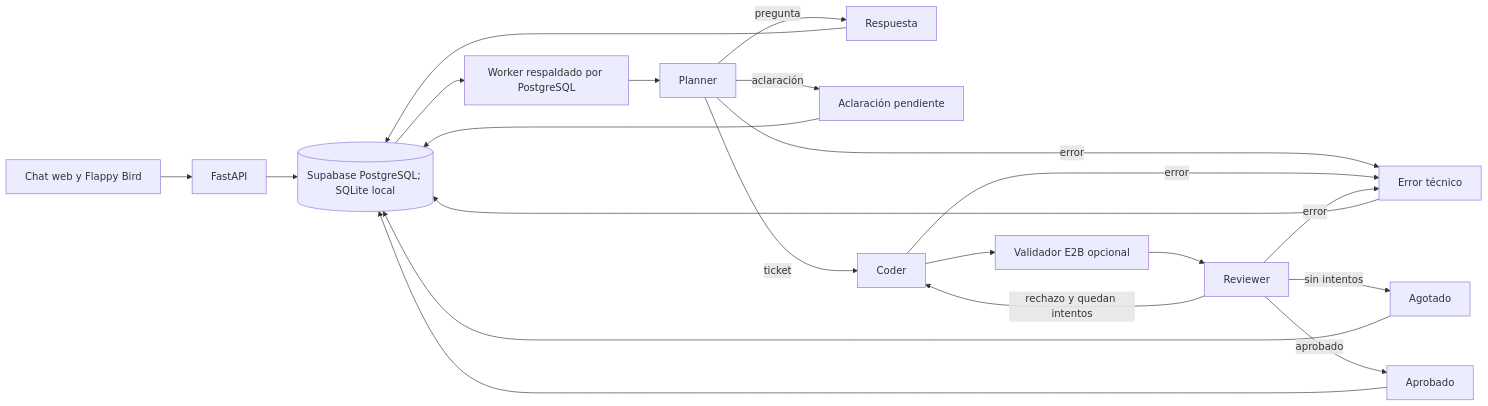
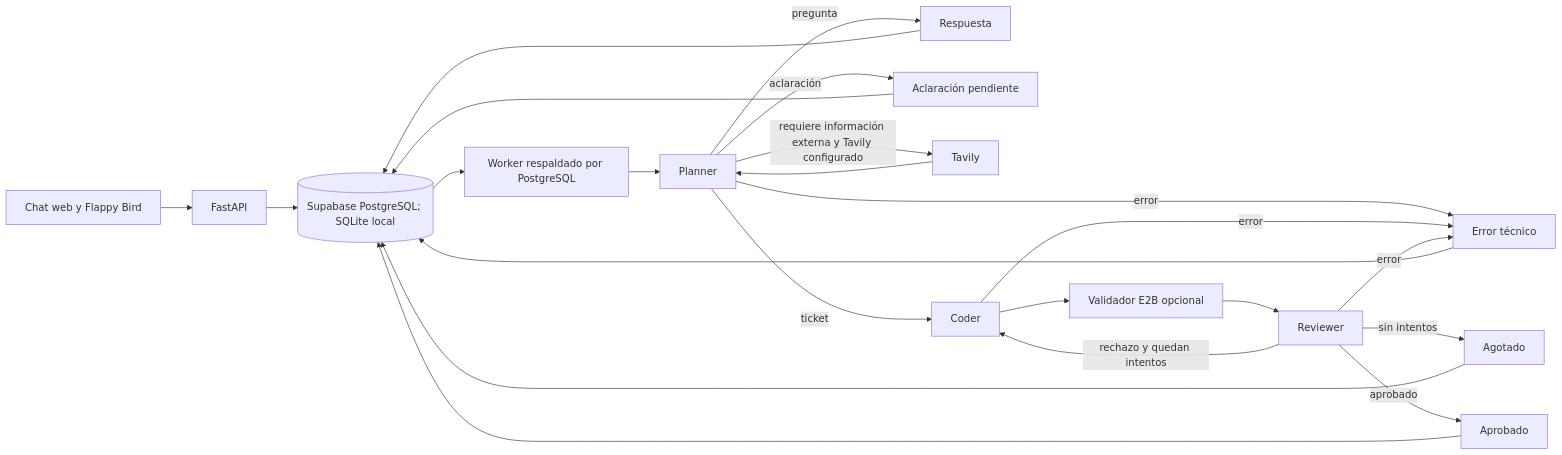
Before and after one commit to cartografunk/batcomputer: the diagram in README.md, drawn with Mermaid. The commit also changed other lines of this file and 4 other files, not shown here.

Commit message:
Add optional Tavily research and Gemini model routing

````diff
--- a/README.md
+++ b/README.md
@@ -25,23 +33,25 @@
 ```mermaid
 flowchart LR
   UI[Chat web y Flappy Bird] --> API[FastAPI]
   API --> DB[(Supabase PostgreSQL; SQLite local)]
   DB --> Worker[Worker respaldado por PostgreSQL]
   Worker --> Planner
   Planner -->|pregunta| Answer[Respuesta]
   Planner -->|aclaración| Clarify[Aclaración pendiente]
+  Planner -->|requiere información externa y Tavily configurado| Research[Tavily]
+  Research --> Planner
   Planner -->|ticket| Coder
   Coder --> Validator[Validador E2B opcional]
   Validator --> Reviewer
   Reviewer -->|rechazo y quedan intentos| Coder
   Reviewer -->|aprobado| Approved[Aprobado]
   Reviewer -->|sin intentos| Exhausted[Agotado]
   Planner -->|error| Failed[Error técnico]
   Coder -->|error| Failed
   Reviewer -->|error| Failed
   Answer --> DB
   Clarify --> DB
   Approved --> DB
   Exhausted --> DB
   Failed --> DB
 ```
````
